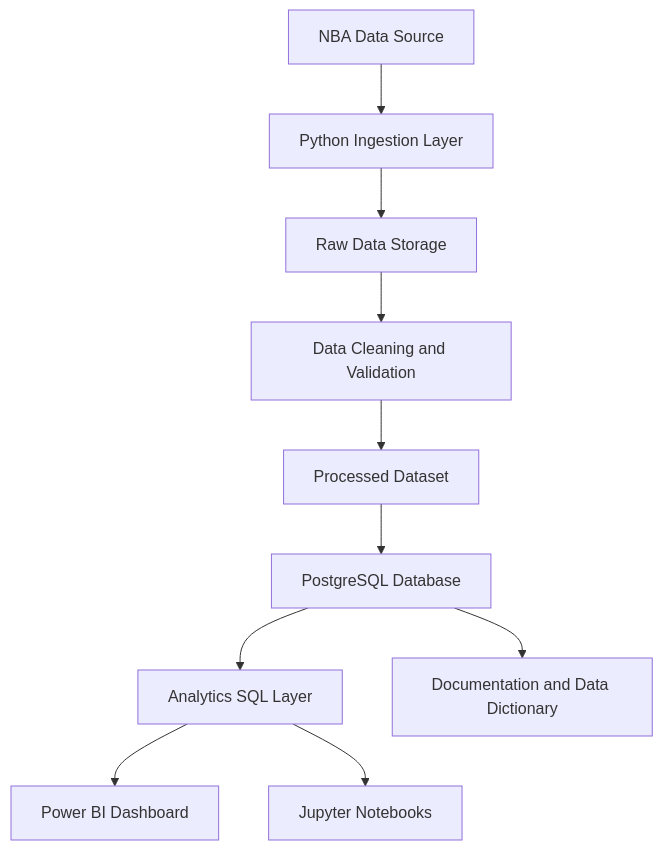
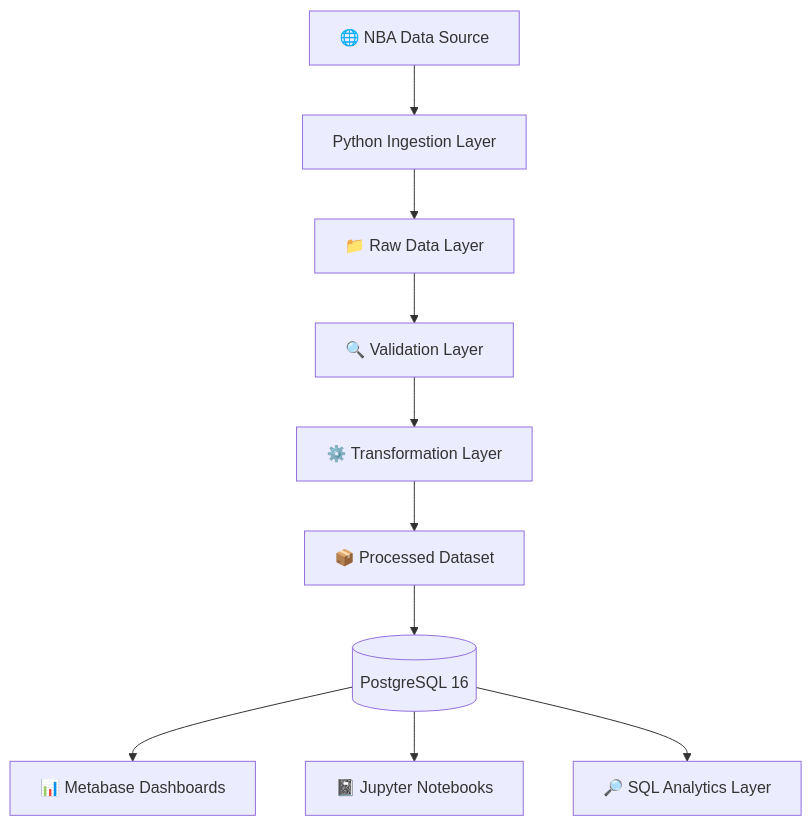
One commit to GuilhermePires21890/nba-data-platform-reconstruction changed the second of 2 diagrams in README.md. Above: the diagram before and after it, drawn with Mermaid. The commit also changed other lines of this file, not shown here.

Commit message:
docs: complete professional README with architecture, dashboards and roadmap

````diff
--- a/README.md
+++ b/README.md
@@ -24,12 +58,12 @@
 ```mermaid
 flowchart TD
-    A[NBA Data Source] --> B[Python Ingestion Layer]
-    B --> C[Raw Data Storage]
-    C --> D[Data Cleaning and Validation]
-    D --> E[Processed Dataset]
-    E --> F[PostgreSQL Database]
-    F --> G[Analytics SQL Layer]
-    G --> H[Power BI Dashboard]
-    G --> I[Jupyter Notebooks]
-    F --> J[Documentation and Data Dictionary]
+    A[🌐 NBA Data Source] --> B[Python Ingestion Layer]
+    B --> C[📁 Raw Data Layer]
+    C --> D[🔍 Validation Layer]
+    D --> E[⚙️ Transformation Layer]
+    E --> F[📦 Processed Dataset]
+    F --> G[(PostgreSQL 16)]
+    G --> H[📊 Metabase Dashboards]
+    G --> I[📓 Jupyter Notebooks]
+    G --> J[🔎 SQL Analytics Layer]
 ```
````
